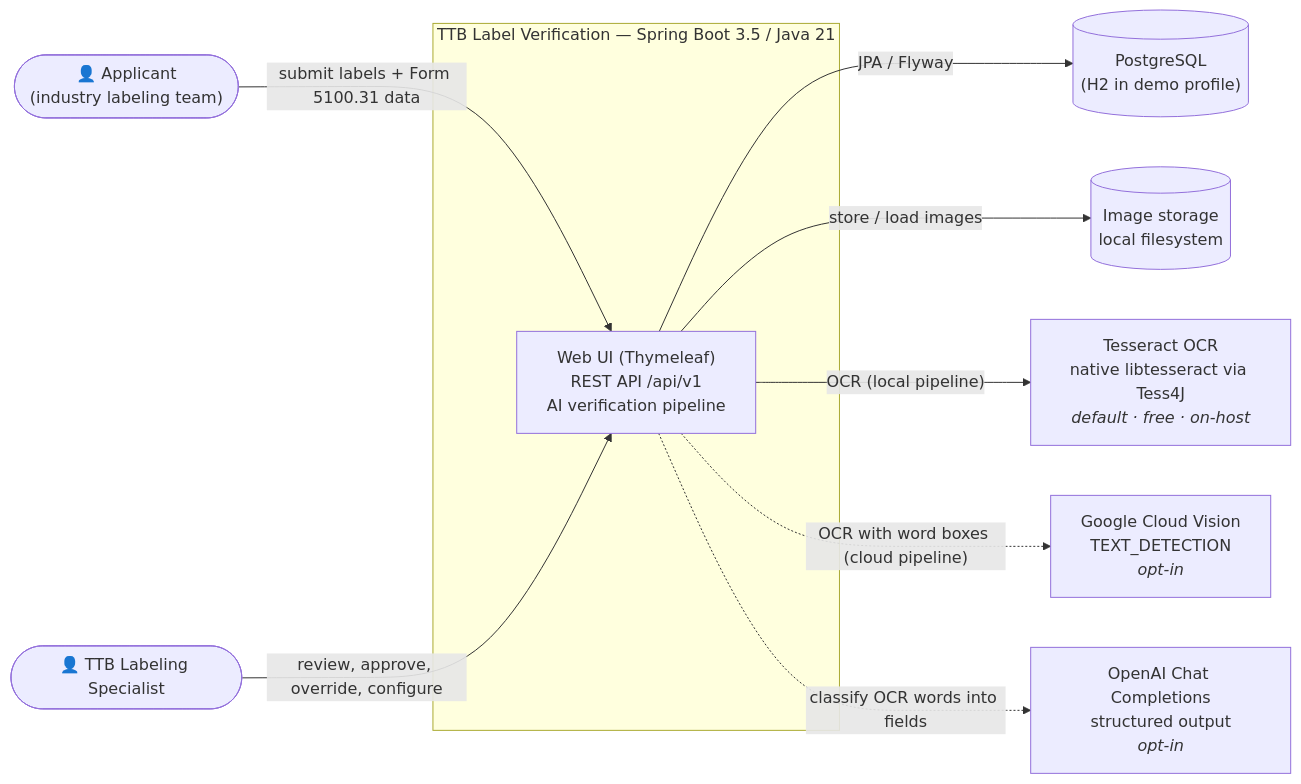
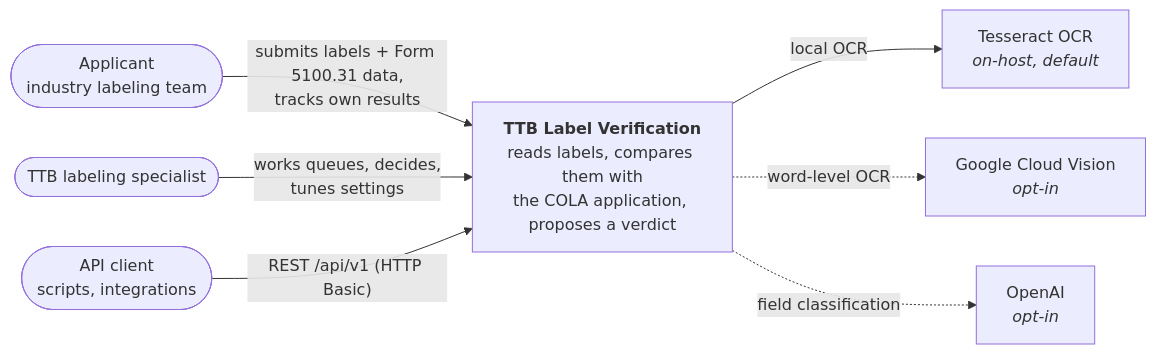
Before and after one commit to SarvariVin/ttb-label-verification: the first of 9 diagrams in docs/architecture.md, drawn with Mermaid. The commit also changed other lines of this file and 251 other files, not shown here.

````diff
--- a/docs/architecture.md
+++ b/docs/architecture.md
@@ -23,23 +43,19 @@
 ```mermaid
 flowchart LR
-    applicant(["👤 Applicant<br/>(industry labeling team)"])
-    specialist(["👤 TTB Labeling Specialist"])
+    applicant(["Applicant<br/>industry labeling team"])
+    specialist(["TTB labeling specialist"])
+    client(["API client<br/>scripts, integrations"])
 
-    subgraph lvs["TTB Label Verification — Spring Boot 3.5 / Java 21"]
-        app["Web UI (Thymeleaf)<br/>REST API /api/v1<br/>AI verification pipeline"]
-    end
+    lvs["<b>TTB Label Verification</b><br/>reads labels, compares them with<br/>the COLA application, proposes a verdict"]
 
-    db[("PostgreSQL<br/>(H2 in demo profile)")]
-    fs[("Image storage<br/>local filesystem")]
-    tess["Tesseract OCR<br/>native libtesseract via Tess4J<br/><i>default · free · on-host</i>"]
-    vision["Google Cloud Vision<br/>TEXT_DETECTION<br/><i>opt-in</i>"]
-    openai["OpenAI Chat Completions<br/>structured output<br/><i>opt-in</i>"]
+    tess["Tesseract OCR<br/><i>on-host, default</i>"]
+    vision["Google Cloud Vision<br/><i>opt-in</i>"]
+    openai["OpenAI<br/><i>opt-in</i>"]
 
-    applicant -- "submit labels + Form 5100.31 data" --> app
-    specialist -- "review, approve, override, configure" --> app
-    app -- "JPA / Flyway" --> db
-    app -- "store / load images" --> fs
-    app -- "OCR (local pipeline)" --> tess
-    app -. "OCR with word boxes (cloud pipeline)" .-> vision
-    app -. "classify OCR words into fields" .-> openai
+    applicant -- "submits labels + Form 5100.31 data,<br/>tracks own results" --> lvs
+    specialist -- "works queues, decides,<br/>tunes settings" --> lvs
+    client -- "REST /api/v1 (HTTP Basic)" --> lvs
+    lvs -- "local OCR" --> tess
+    lvs -. "word-level OCR" .-> vision
+    lvs -. "field classification" .-> openai
 ```
````
